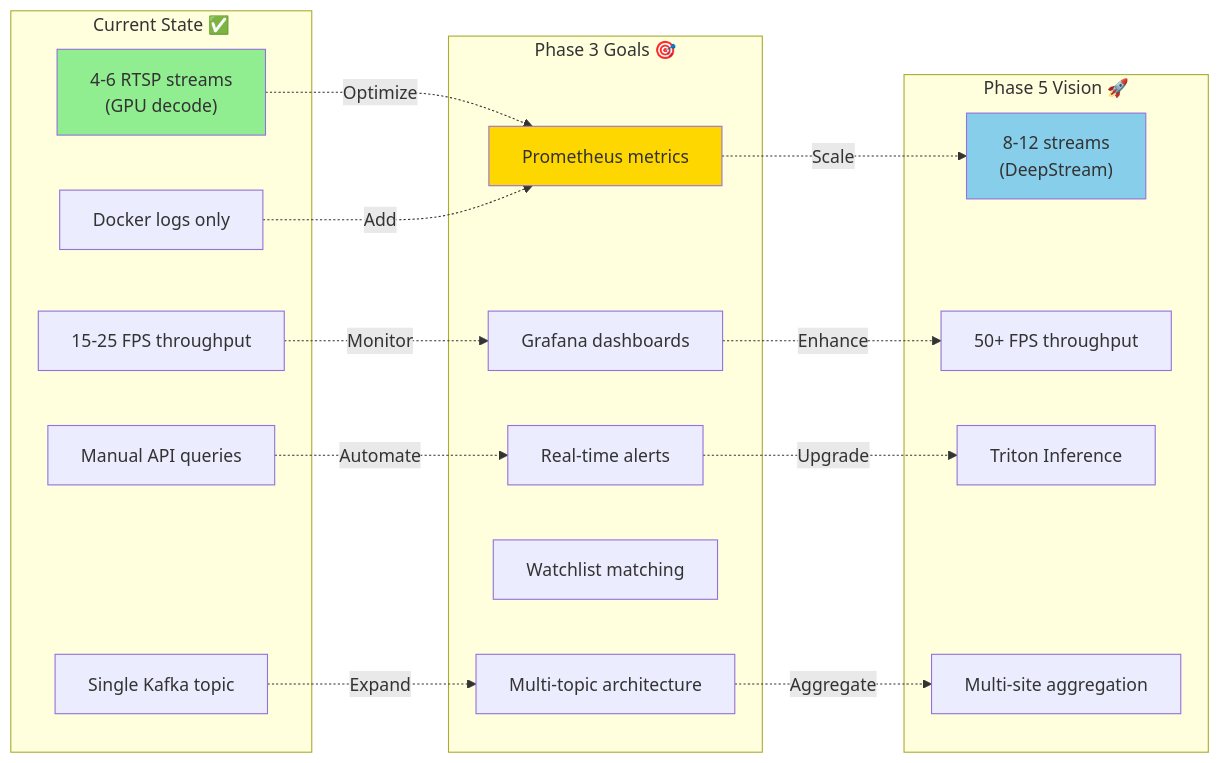
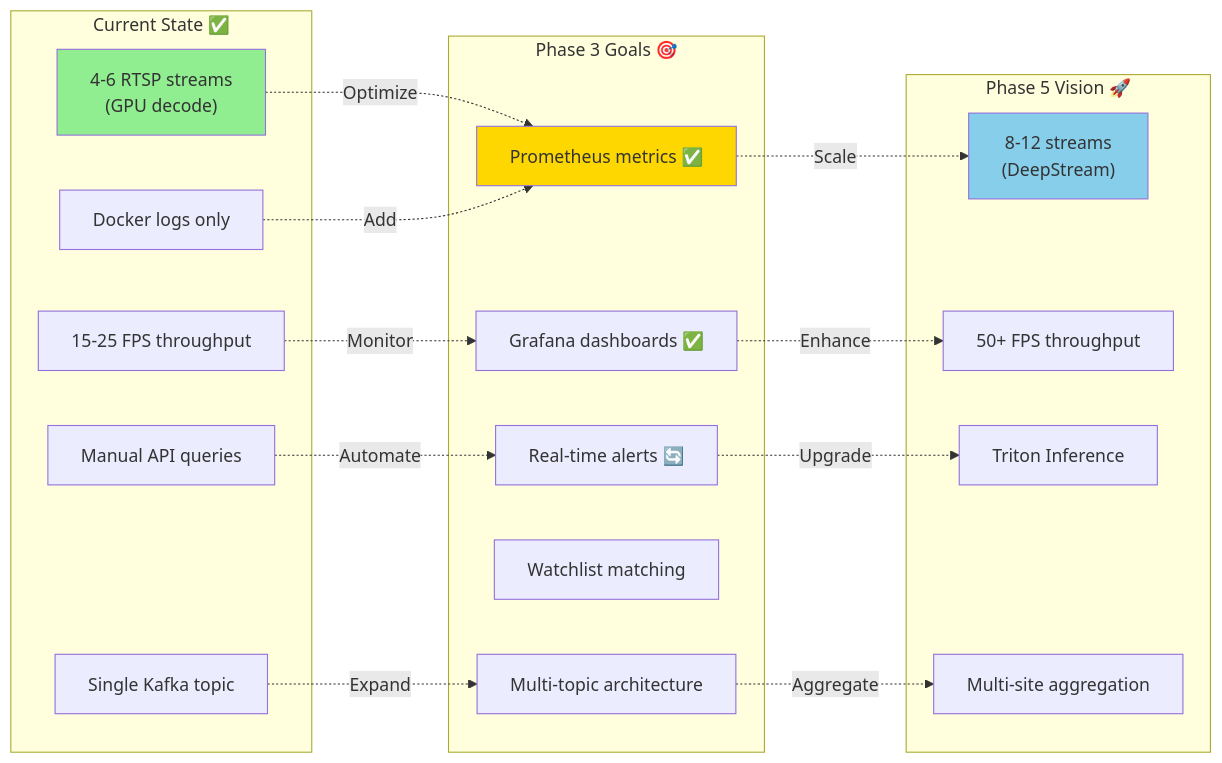
One commit to Azhundev/oversight-alpr-app changed the eighth of 9 diagrams in docs/ALPR_Pipeline/Project_Architecture_Chart.md. Above: the diagram before and after it, drawn with Mermaid. The commit also changed other lines of this file and 48 other files, not shown here.

First line of the commit message:
docs: Update ALPR Pipeline documentation with monitoring stack and edge/core architecture

````diff
--- a/docs/ALPR_Pipeline/Project_Architecture_Chart.md
+++ b/docs/ALPR_Pipeline/Project_Architecture_Chart.md
@@ -315,40 +356,40 @@
 ```mermaid
 graph LR
     subgraph "Current State ✅"
         C1["4-6 RTSP streams<br/>(GPU decode)"]
         C2["15-25 FPS throughput"]
         C3["Docker logs only"]
         C4["Manual API queries"]
         C5["Single Kafka topic"]
     end
 
     subgraph "Phase 3 Goals 🎯"
-        G1["Prometheus metrics"]
-        G2["Grafana dashboards"]
-        G3["Real-time alerts"]
+        G1["Prometheus metrics ✅"]
+        G2["Grafana dashboards ✅"]
+        G3["Real-time alerts 🔄"]
         G4["Watchlist matching"]
         G5["Multi-topic architecture"]
     end
 
     subgraph "Phase 5 Vision 🚀"
         V1["8-12 streams<br/>(DeepStream)"]
         V2["50+ FPS throughput"]
         V3["Triton Inference"]
         V4["Multi-site aggregation"]
     end
 
     C1 -.->|"Optimize"| G1
     C2 -.->|"Monitor"| G2
     C3 -.->|"Add"| G1
     C4 -.->|"Automate"| G3
     C5 -.->|"Expand"| G5
 
     G1 -.->|"Scale"| V1
     G2 -.->|"Enhance"| V2
     G3 -.->|"Upgrade"| V3
     G5 -.->|"Aggregate"| V4
 
     style C1 fill:#90EE90
     style G1 fill:#FFD700
     style V1 fill:#87CEEB
 ```
````
